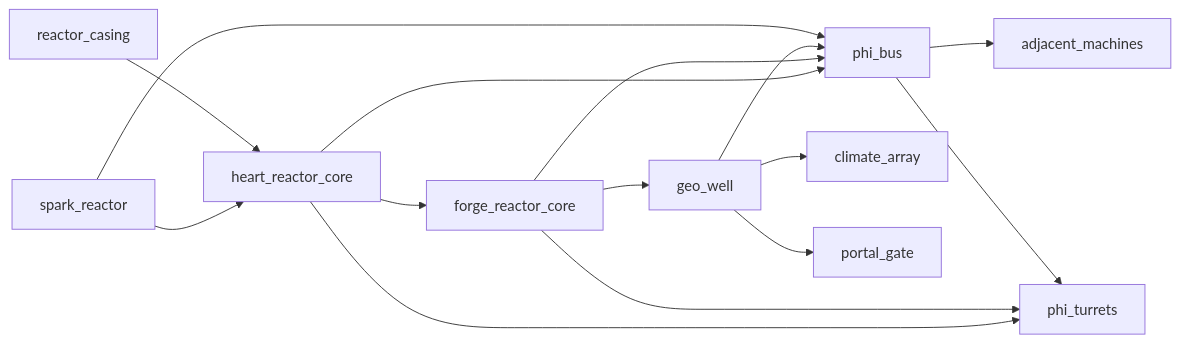
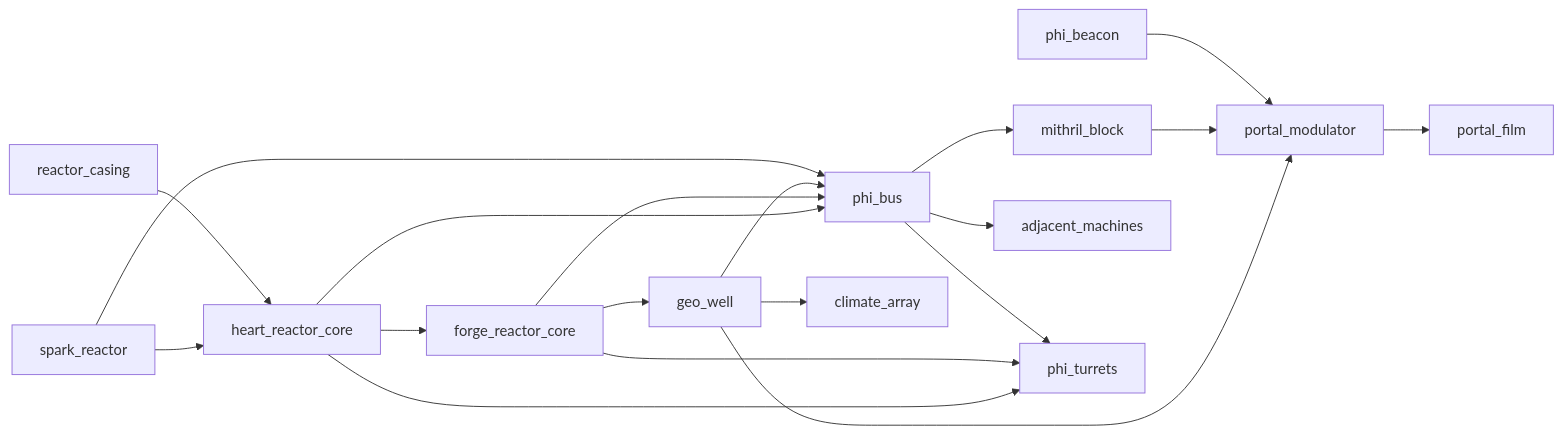
One commit to pozikt/Effecoria-mod changed the diagram in docs/TECHNOMAGIC.md. Above: the diagram before and after it, drawn with Mermaid. The commit also changed other lines of this file and 51 other files, not shown here.

First line of the commit message:
Replace paired portal gates with mithril-frame hyper-mirror tunnels.

````diff
--- a/docs/TECHNOMAGIC.md
+++ b/docs/TECHNOMAGIC.md
@@ -118,17 +118,21 @@
 ```mermaid
 flowchart LR
   spark[spark_reactor] --> heart[heart_reactor_core]
   casing[reactor_casing] --> heart
   heart --> forge[forge_reactor_core]
   heart --> bus[phi_bus]
   forge --> bus
   forge --> geo[geo_well]
   geo --> bus
   geo --> climate[climate_array]
-  geo --> portal[portal_gate]
+  geo --> portal[portal_modulator]
+  mithril[mithril_block] --> portal
+  portal --> film[portal_film]
+  beacon[phi_beacon] --> portal
   spark --> bus
+  bus --> mithril
   bus --> machines[adjacent_machines]
   heart --> turrets[phi_turrets]
   forge --> turrets
   bus --> turrets
 ```
````
